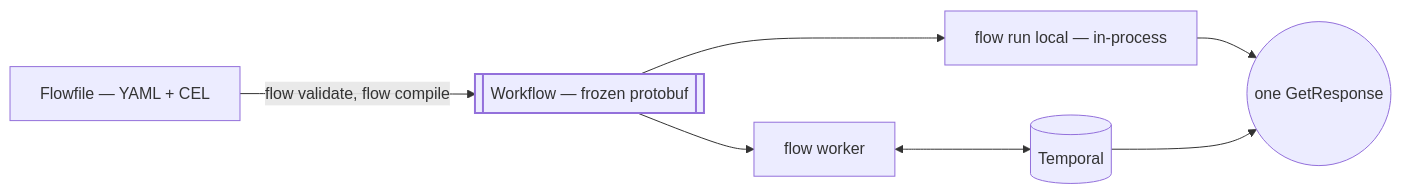
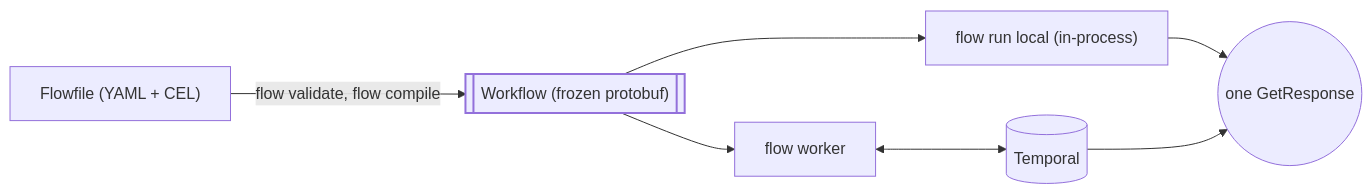
One commit to picatz/flowstate changed the diagram in README.md. Above: the diagram before and after it, drawn with Mermaid. The commit also changed other lines of this file, not shown here.

````diff
--- a/README.md
+++ b/README.md
@@ -233,12 +158,12 @@
 ```mermaid
 flowchart LR
-  Flowfile["Flowfile — YAML + CEL"] -->|"flow validate, flow compile"| Spec[["Workflow — frozen protobuf"]]
-  Spec --> Local["flow run local — in-process"]
+  Flowfile["Flowfile (YAML + CEL)"] -->|"flow validate, flow compile"| Spec[["Workflow (frozen protobuf)"]]
+  Spec --> Local["flow run local (in-process)"]
   Spec --> Worker["flow worker"]
   Worker <--> Temporal[("Temporal")]
   Local --> Answer(("one GetResponse"))
   Temporal --> Answer
 
   classDef ir stroke-width:2px;
   class Spec ir;
 ```
````
